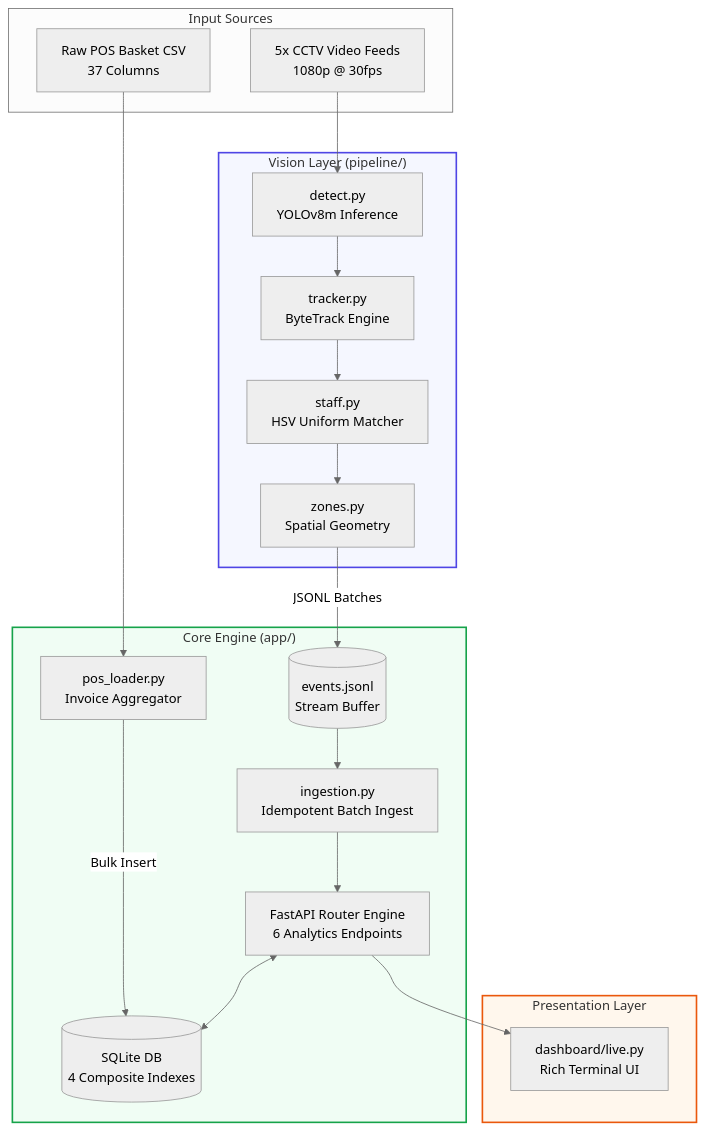
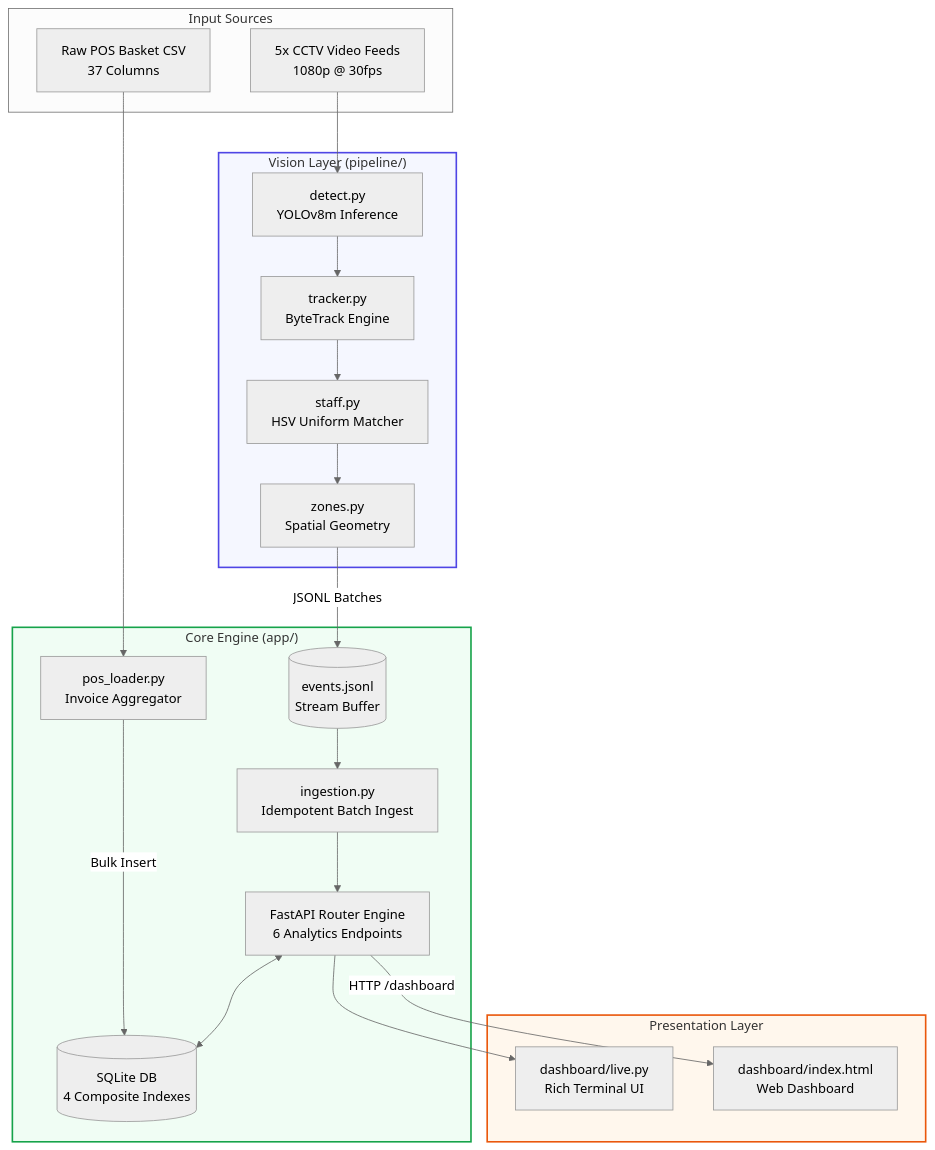
The diagram in docs/DESIGN.md (shubham1065/store-intelligence), drawn with Mermaid (neutral theme) before and after one commit. The commit also changed 6 other files, not shown here.

````diff
--- a/docs/DESIGN.md
+++ b/docs/DESIGN.md
@@ -13,42 +13,44 @@
 ```mermaid
 graph TD
     %% Input Layers
     subgraph input_sources ["Input Sources"]
         Clips[5x CCTV Video Feeds <br> 1080p @ 30fps]
         POS[Raw POS Basket CSV <br> 37 Columns]
     end
 
     %% Pipeline Processing
     subgraph vision_layer ["Vision Layer (pipeline/)"]
         Detect[detect.py <br> YOLOv8m Inference]
         Track[tracker.py <br> ByteTrack Engine]
         Staff[staff.py <br> HSV Uniform Matcher]
         Zones[zones.py <br> Spatial Geometry]
         
         Clips --> Detect --> Track --> Staff --> Zones
     end
 
     %% Storage & API
     subgraph core_engine ["Core Engine (app/)"]
         Events[(events.jsonl <br> Stream Buffer)]
         Ingest[ingestion.py <br> Idempotent Batch Ingest]
         FastAPI[FastAPI Router Engine <br> 6 Analytics Endpoints]
         SQLite[(SQLite DB <br> 4 Composite Indexes)]
         POSLoader[pos_loader.py <br> Invoice Aggregator]
 
         Zones -->|JSONL Batches| Events
         Events --> Ingest --> FastAPI
         POS --> POSLoader -->|Bulk Insert| SQLite
         FastAPI <--> SQLite
     end
 
     %% Visualization View
     subgraph presentation_layer ["Presentation Layer"]
         Dash[dashboard/live.py <br> Rich Terminal UI]
+        WebDash[dashboard/index.html <br> Web Dashboard]
         FastAPI --> Dash
+        FastAPI -->|HTTP /dashboard| WebDash
     end
 
     style vision_layer fill:#f5f7ff,stroke:#4f46e5,stroke-width:2px
     style core_engine fill:#f0fdf4,stroke:#16a34a,stroke-width:2px
     style presentation_layer fill:#fff7ed,stroke:#ea580c,stroke-width:2px
 ```
````
